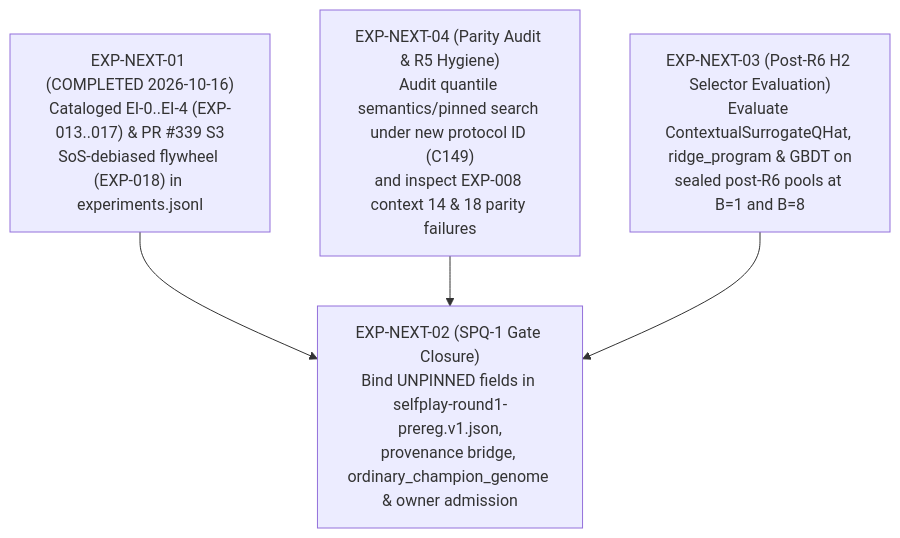
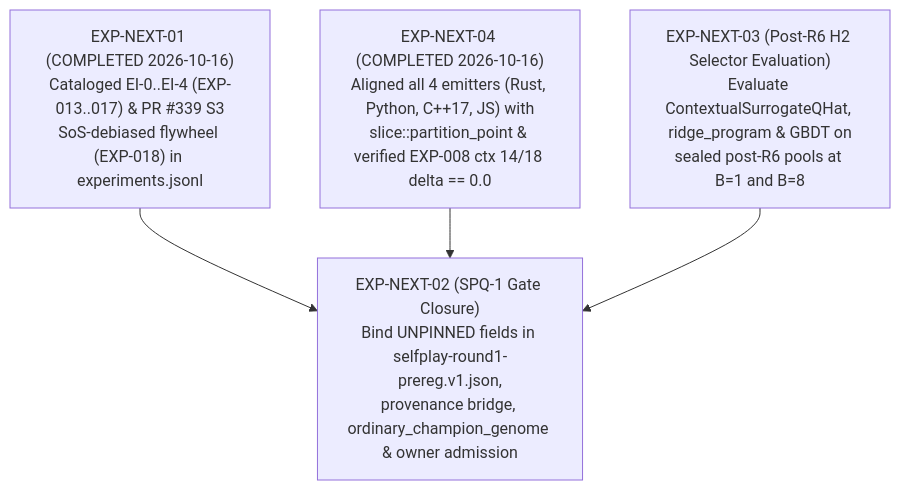
One commit to neverhuman/JopeDime changed the diagram in docs/experiments/SYNTHESIS_AND_NEXT_EXPERIMENTS.md. Above: the diagram before and after it, drawn with Mermaid. The commit also changed other lines of this file and 17 other files, not shown here.

Commit message:
fix(feat-math): align all emitters with slice::partition_point on tie plateaus (EXP-NEXT-04)

````diff
--- a/docs/experiments/SYNTHESIS_AND_NEXT_EXPERIMENTS.md
+++ b/docs/experiments/SYNTHESIS_AND_NEXT_EXPERIMENTS.md
@@ -54,6 +57,6 @@
 ```mermaid
 flowchart TD
     A["EXP-NEXT-01 (COMPLETED 2026-10-16)<br/>Cataloged EI-0..EI-4 (EXP-013..017) & PR #339 S3<br/>SoS-debiased flywheel (EXP-018) in experiments.jsonl"] --> B["EXP-NEXT-02 (SPQ-1 Gate Closure)<br/>Bind UNPINNED fields in selfplay-round1-prereg.v1.json,<br/>provenance bridge, ordinary_champion_genome & owner admission"]
-    C["EXP-NEXT-04 (Parity Audit & R5 Hygiene)<br/>Audit quantile semantics/pinned search under new protocol ID (C149)<br/>and inspect EXP-008 context 14 & 18 parity failures"] --> B
+    C["EXP-NEXT-04 (COMPLETED 2026-10-16)<br/>Aligned all 4 emitters (Rust, Python, C++17, JS) with<br/>slice::partition_point & verified EXP-008 ctx 14/18 delta == 0.0"] --> B
     D["EXP-NEXT-03 (Post-R6 H2 Selector Evaluation)<br/>Evaluate ContextualSurrogateQHat, ridge_program & GBDT on<br/>sealed post-R6 pools at B=1 and B=8"] --> B
 ```
````
